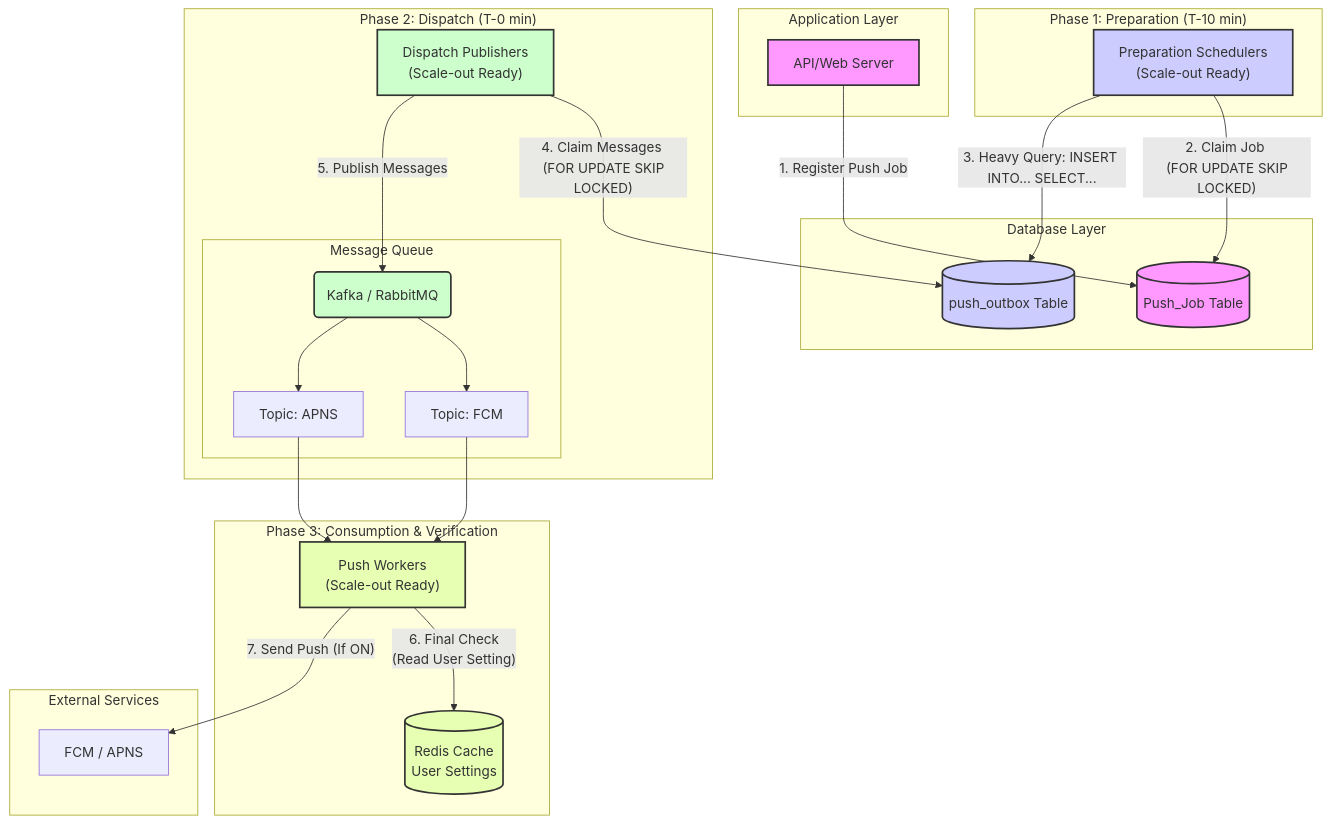
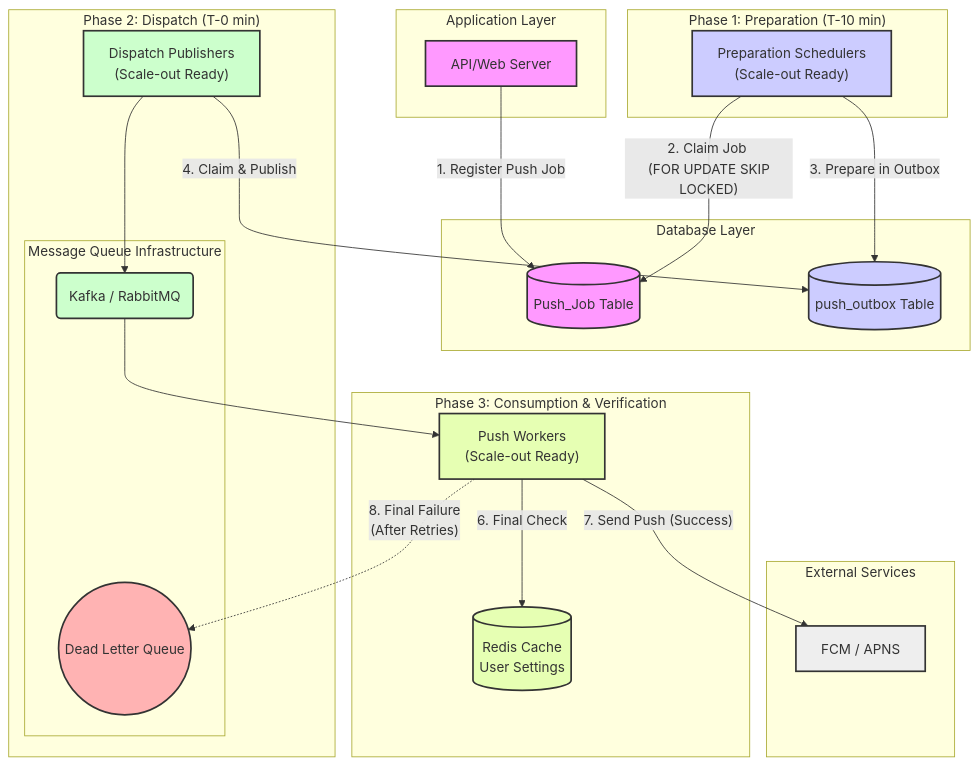
One commit to jungguji/blogcontent changed the third of 3 diagrams in source/_posts/대규모-푸시-알림-시스템의-아키텍처-개선에-관한-연구.md. Above: the diagram before and after it, drawn with Mermaid. The commit also changed other lines of this file and 1 other file, not shown here.

````diff
--- a/source/_posts/대규모-푸시-알림-시스템의-아키텍처-개선에-관한-연구.md
+++ b/source/_posts/대규모-푸시-알림-시스템의-아키텍처-개선에-관한-연구.md
@@ -113,61 +125,61 @@
 ```mermaid
 graph TD
     subgraph "Application Layer"
         WebApp[API/Web Server]
     end
 
     subgraph "Database Layer"
         JobTable[(Push_Job Table)]
         OutboxTable[(push_outbox Table)]
     end
 
     subgraph "Phase 1: Preparation (T-10 min)"
         PrepSchedulers["Preparation Schedulers <br/> (Scale-out Ready)"]
     end
 
     subgraph "Phase 2: Dispatch (T-0 min)"
         DispatchPublishers["Dispatch Publishers <br/> (Scale-out Ready)"]
-        subgraph "Message Queue"
+        subgraph "Message Queue Infrastructure"
             MQ(Kafka / RabbitMQ)
-            FCM_Topic[Topic: FCM]
-            APNS_Topic[Topic: APNS]
+            DLQ((Dead Letter Queue))
         end
     end
 
     subgraph "Phase 3: Consumption & Verification"
         Consumers["Push Workers <br/> (Scale-out Ready)"]
         RedisCache[(Redis Cache <br/> User Settings)]
     end
     
     subgraph "External Services"
         PushService[FCM / APNS]
     end
 
-    %% Data Flow
+    %% Data Flow (Success Path)
     WebApp -- "1. Register Push Job" --> JobTable
     
     PrepSchedulers -- "2. Claim Job <br/> (FOR UPDATE SKIP LOCKED)" --> JobTable
-    PrepSchedulers -- "3. Heavy Query: INSERT INTO... SELECT..." --> OutboxTable
+    PrepSchedulers -- "3. Prepare in Outbox" --> OutboxTable
     
-    DispatchPublishers -- "4. Claim Messages <br/> (FOR UPDATE SKIP LOCKED)" --> OutboxTable
-    DispatchPublishers -- "5. Publish Messages" --> MQ
+    DispatchPublishers -- "4. Claim & Publish" --> OutboxTable
+    DispatchPublishers --> MQ
 
-    MQ --> FCM_Topic
-    MQ --> APNS_Topic
+    MQ --> Consumers
 
-    FCM_Topic --> Consumers
-    APNS_Topic --> Consumers
+    Consumers -- "6. Final Check" --> RedisCache
+    Consumers -- "7. Send Push (Success)" --> PushService
 
-    Consumers -- "6. Final Check <br/> (Read User Setting)" --> RedisCache
-    Consumers -- "7. Send Push (If ON)" --> PushService
+    %% Data Flow (Failure Path)
+    Consumers -.->|"8. Final Failure <br/> (After Retries)"| DLQ
 
     %% Style
     style WebApp fill:#f9f,stroke:#333,stroke-width:2px
     style JobTable fill:#f9f,stroke:#333,stroke-width:2px
     style OutboxTable fill:#ccf,stroke:#333,stroke-width:2px
     style PrepSchedulers fill:#ccf,stroke:#333,stroke-width:2px
     style DispatchPublishers fill:#cfc,stroke:#333,stroke-width:2px
     style MQ fill:#cfc,stroke:#333,stroke-width:2px
     style Consumers fill:#e6ffb3,stroke:#333,stroke-width:2px
     style RedisCache fill:#e6ffb3,stroke:#333,stroke-width:2px
+    style PushService fill:#eee,stroke:#333,stroke-width:2px
+    style DLQ fill:#ffb3b3,stroke:#333,stroke-width:2px
 ```
````
